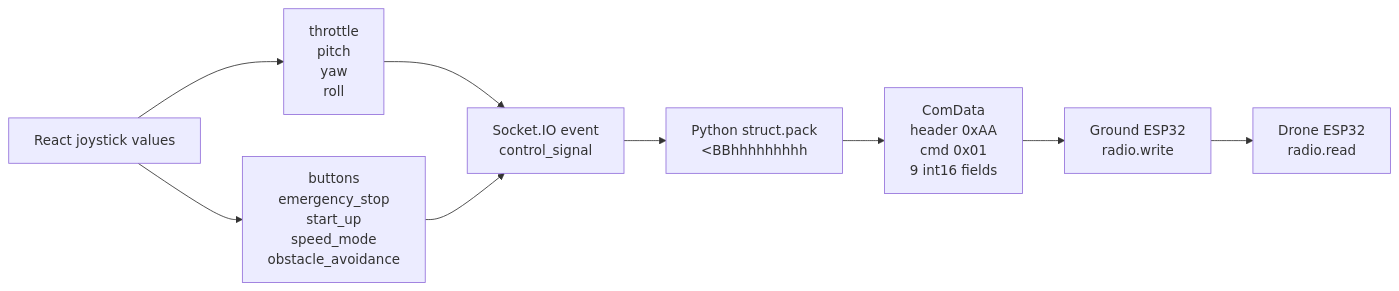
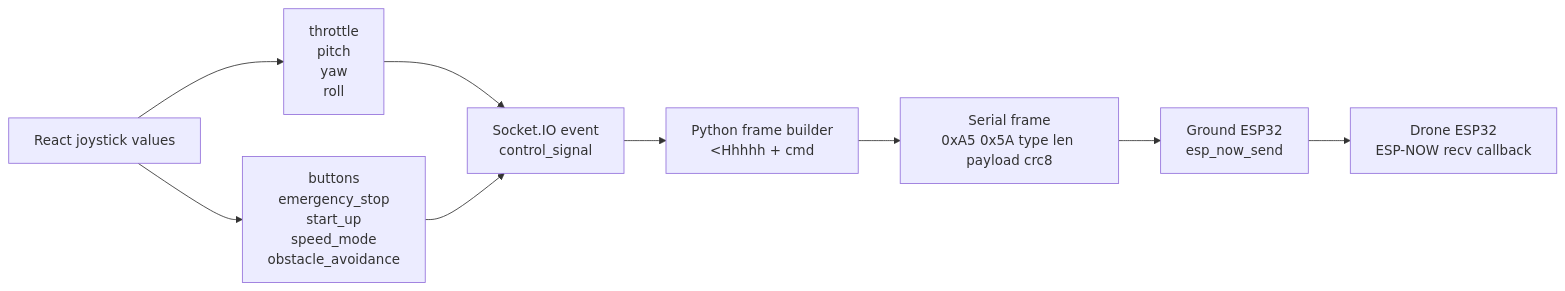
The third of 5 diagrams in docs/architecture.md (citycafe578/esp32Drone), drawn with Mermaid before and after one commit. The commit also changed other lines of this file and 26 other files, not shown here.

````diff
--- a/docs/architecture.md
+++ b/docs/architecture.md
@@ -78,20 +78,20 @@
 ```mermaid
 flowchart LR
     A["React joystick values"]
     B["throttle<br/>pitch<br/>yaw<br/>roll"]
     C["buttons<br/>emergency_stop<br/>start_up<br/>speed_mode<br/>obstacle_avoidance"]
     D["Socket.IO event<br/>control_signal"]
-    E["Python struct.pack<br/>&lt;BBhhhhhhhhh"]
-    F["ComData<br/>header 0xAA<br/>cmd 0x01<br/>9 int16 fields"]
-    G["Ground ESP32<br/>radio.write"]
-    H["Drone ESP32<br/>radio.read"]
+    E["Python frame builder<br/>&lt;Hhhhh + cmd"]
+    F["Serial frame<br/>0xA5 0x5A type len payload crc8"]
+    G["Ground ESP32<br/>esp_now_send"]
+    H["Drone ESP32<br/>ESP-NOW recv callback"]
 
     A --> B
     A --> C
     B --> D
     C --> D
     D --> E
     E --> F
     F --> G
     G --> H
 ```
````
